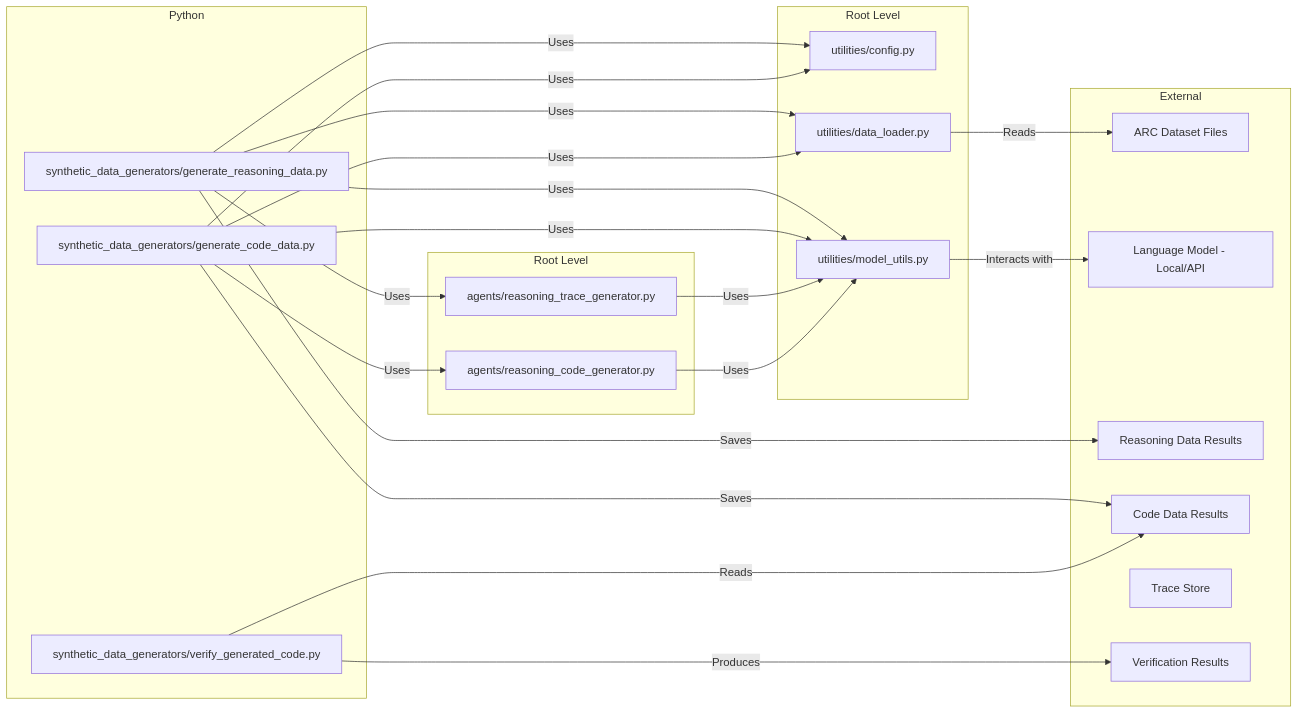
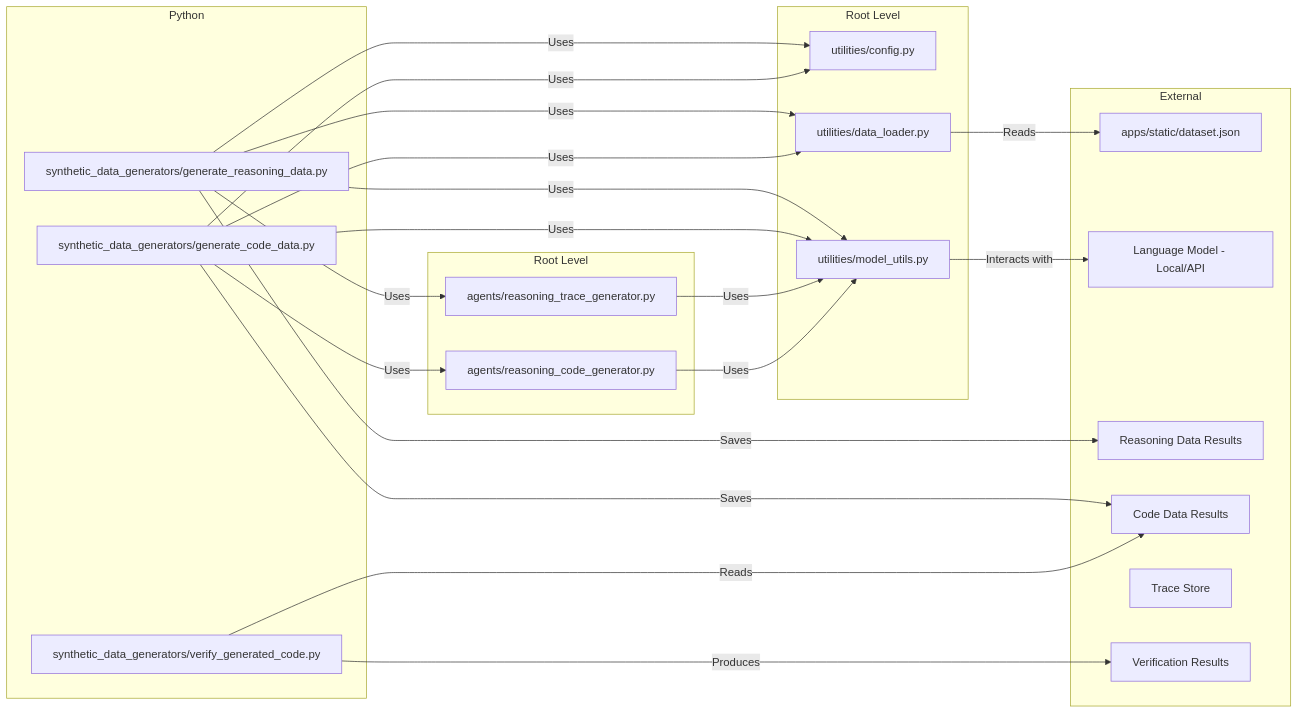
The second of 3 diagrams in memory_bank/systemPatterns.md (artnoage/ARC-AGI-2), drawn with Mermaid before and after one commit. The commit also changed other lines of this file and 9 other files, not shown here.

````diff
--- a/memory_bank/systemPatterns.md
+++ b/memory_bank/systemPatterns.md
@@ -41,42 +37,42 @@
 ```mermaid
 graph LR
     subgraph Synthetic Data Generators [Python]
         ReasoningDataGen[synthetic_data_generators/generate_reasoning_data.py]
         CodeDataGen[synthetic_data_generators/generate_code_data.py]
         CodeVerifier[synthetic_data_generators/verify_generated_code.py]
     end
     subgraph Utilities [Root Level]
         Config[utilities/config.py]
         Loader[utilities/data_loader.py]
         ModelUtil[utilities/model_utils.py]
     end
     subgraph Agents [Root Level]
         ReasoningAgent[agents/reasoning_trace_generator.py]
         CodeAgent[agents/reasoning_code_generator.py]
     end
     subgraph External
-        ARC_Files[ARC Dataset Files]
+        StaticDataset[apps/static/dataset.json]
         Model[Language Model - Local/API]
         ResultsReasoning[Reasoning Data Results]
         ResultsCode[Code Data Results]
         Traces[Trace Store]
         VerificationResults[Verification Results]
     end
 
     ReasoningDataGen -- Uses --> Config
     CodeDataGen -- Uses --> Config
     ReasoningDataGen -- Uses --> Loader
     ReasoningDataGen -- Uses --> ReasoningAgent
     ReasoningDataGen -- Uses --> ModelUtil
     CodeDataGen -- Uses --> Loader
     CodeDataGen -- Uses --> CodeAgent
     CodeDataGen -- Uses --> ModelUtil
-    Loader -- Reads --> ARC_Files
+    Loader -- Reads --> StaticDataset
     ReasoningAgent -- Uses --> ModelUtil
     CodeAgent -- Uses --> ModelUtil
     ModelUtil -- Interacts with --> Model
     ReasoningDataGen -- Saves --> ResultsReasoning
     CodeDataGen -- Saves --> ResultsCode
     CodeVerifier -- Reads --> ResultsCode
     CodeVerifier -- Produces --> VerificationResults
 ```
````
